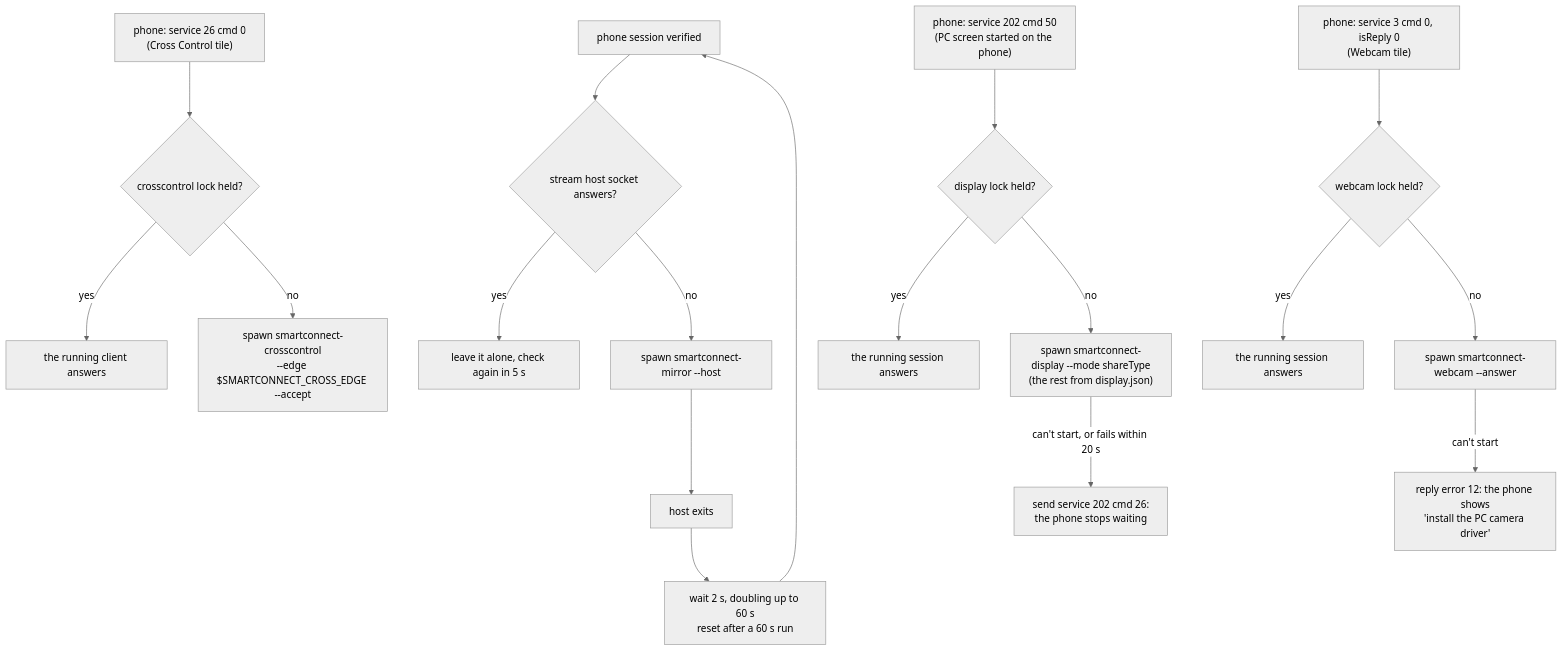
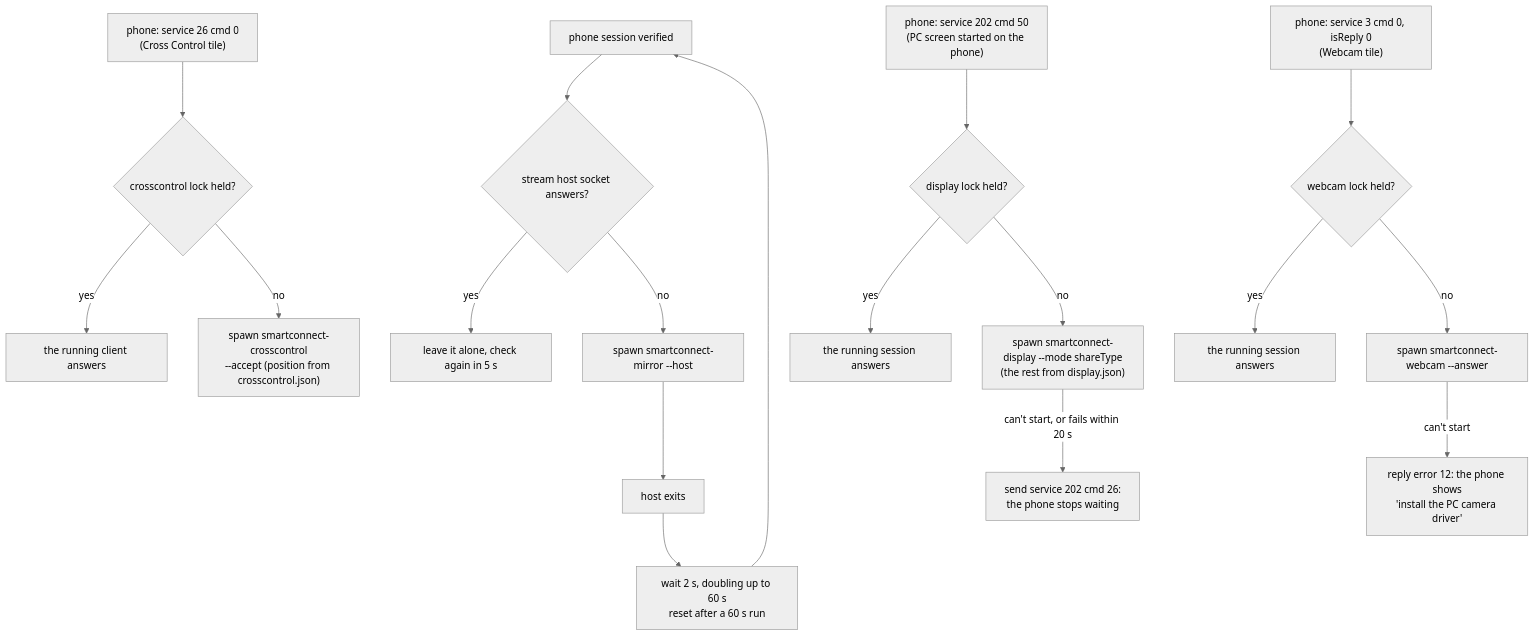
Before and after one commit to vemru/linuxsmartconnect: the sixth of 11 diagrams in docs/architecture.md, drawn with Mermaid (neutral theme). The commit also changed other lines of this file and 89 other files, not shown here.

````diff
--- a/docs/architecture.md
+++ b/docs/architecture.md
@@ -252,20 +252,20 @@
 ```mermaid
 flowchart TD
   A["phone session verified"] --> B{"stream host socket answers?"}
   B -- yes --> C["leave it alone, check again in 5 s"]
   B -- no --> E["spawn smartconnect-mirror --host"]
   E --> F["host exits"]
   F --> G["wait 2 s, doubling up to 60 s<br/>reset after a 60 s run"]
   G --> A
   T["phone: service 26 cmd 0<br/>(Cross Control tile)"] --> L{"crosscontrol lock held?"}
   L -- yes --> R["the running client answers"]
-  L -- no --> S["spawn smartconnect-crosscontrol<br/>--edge $SMARTCONNECT_CROSS_EDGE --accept"]
+  L -- no --> S["spawn smartconnect-crosscontrol<br/>--accept (position from crosscontrol.json)"]
   DT["phone: service 202 cmd 50<br/>(PC screen started on the phone)"] --> DL{"display lock held?"}
   DL -- yes --> DR["the running session answers"]
   DL -- no --> DS["spawn smartconnect-display --mode shareType<br/>(the rest from display.json)"]
   DS -->|"can't start, or fails within 20 s"| DE["send service 202 cmd 26:<br/>the phone stops waiting"]
   WT["phone: service 3 cmd 0, isReply 0<br/>(Webcam tile)"] --> WL{"webcam lock held?"}
   WL -- yes --> WR["the running session answers"]
   WL -- no --> WS["spawn smartconnect-webcam --answer"]
   WS -->|"can't start"| WE["reply error 12: the phone shows<br/>'install the PC camera driver'"]
 ```
````
